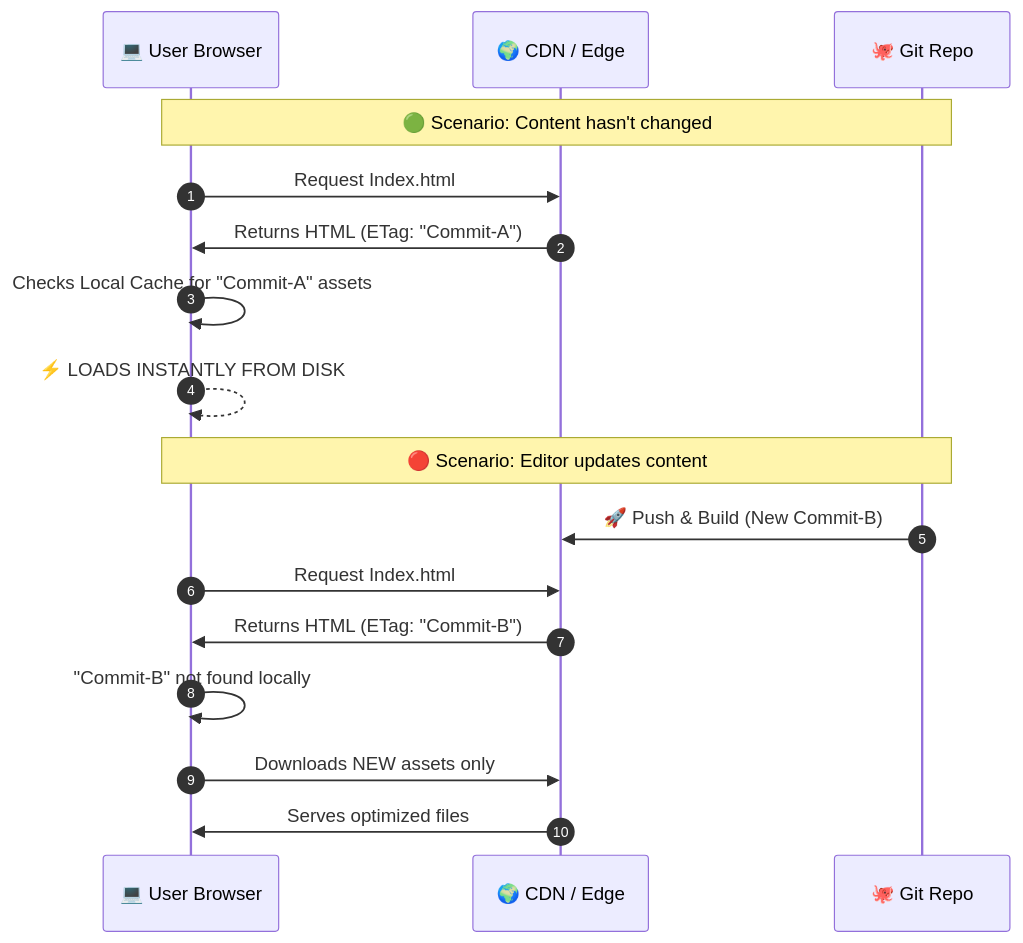
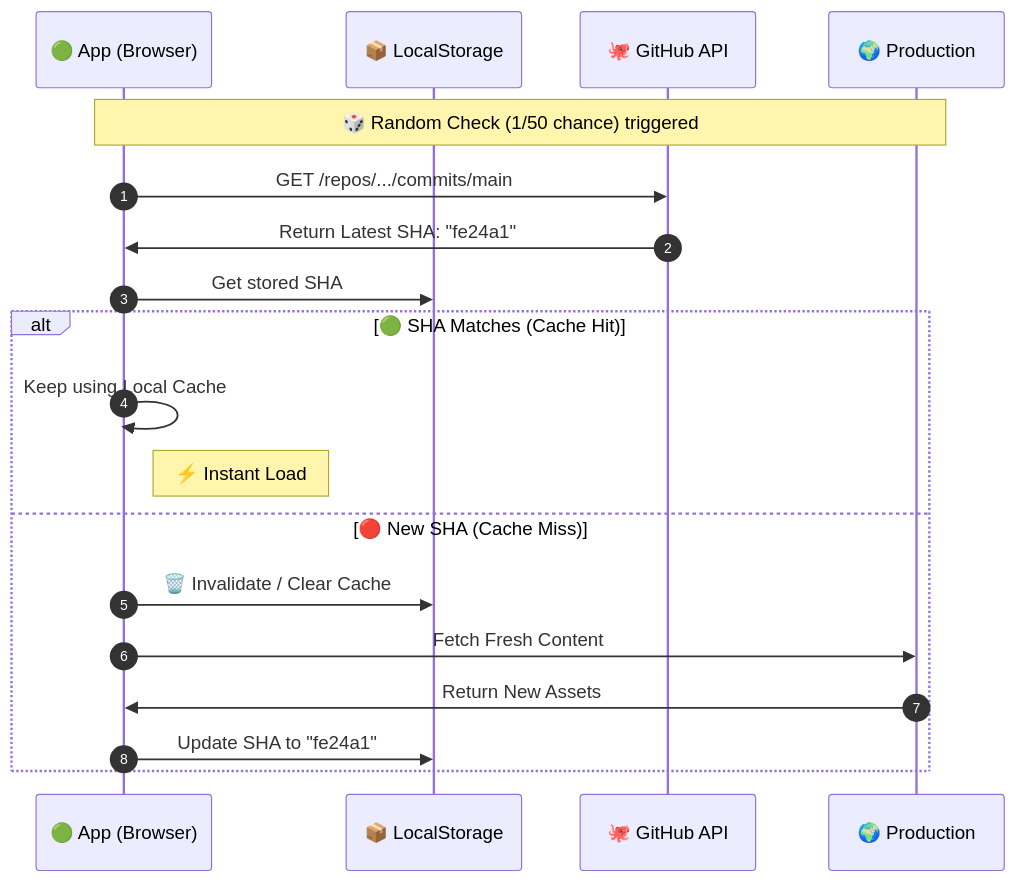
One commit to barais/wpkiller changed the third of 3 diagrams in slides.md. Above: the diagram before and after it, drawn with Mermaid. The commit also changed other lines of this file, not shown here.

Commit message:
update cache strategy

````diff
--- a/slides.md
+++ b/slides.md
@@ -507,21 +507,24 @@
 ```mermaid
 sequenceDiagram
     autonumber
-    participant Browser as 💻 User Browser
-    participant CDN as 🌍 CDN / Edge
-    participant Git as 🐙 Git Repo
+    participant App as 🟢 App (Browser)
+    participant LS as 📦 LocalStorage
+    participant GH as 🐙 GitHub API
+    participant CDN as 🌍 Production
 
-    Note over Browser, Git: 🟢 Scenario: Content hasn't changed
-    Browser->>CDN: Request Index.html
-    CDN->>Browser: Returns HTML (ETag: "Commit-A")
-    Browser->>Browser: Checks Local Cache for "Commit-A" assets
-    Browser-->>Browser: ⚡ LOADS INSTANTLY FROM DISK
+    Note over App, CDN: 🎲 Random Check (1/50 chance) triggered
 
-    Note over Browser, Git: 🔴 Scenario: Editor updates content
-    Git->>CDN: 🚀 Push & Build (New Commit-B)
-    Browser->>CDN: Request Index.html
-    CDN->>Browser: Returns HTML (ETag: "Commit-B")
-    Browser->>Browser: "Commit-B" not found locally
-    Browser->>CDN: Downloads NEW assets only
-    CDN->>Browser: Serves optimized files
+    App->>GH: GET /repos/.../commits/main
+    GH->>App: Return Latest SHA: "fe24a1"
+    App->>LS: Get stored SHA
+    
+    alt 🟢 SHA Matches (Cache Hit)
+        App->>App: Keep using Local Cache
+        Note right of App: ⚡ Instant Load
+    else 🔴 New SHA (Cache Miss)
+        App->>LS: 🗑️ Invalidate / Clear Cache
+        App->>CDN: Fetch Fresh Content
+        CDN->>App: Return New Assets
+        App->>LS: Update SHA to "fe24a1"
+    end
 ```
````
